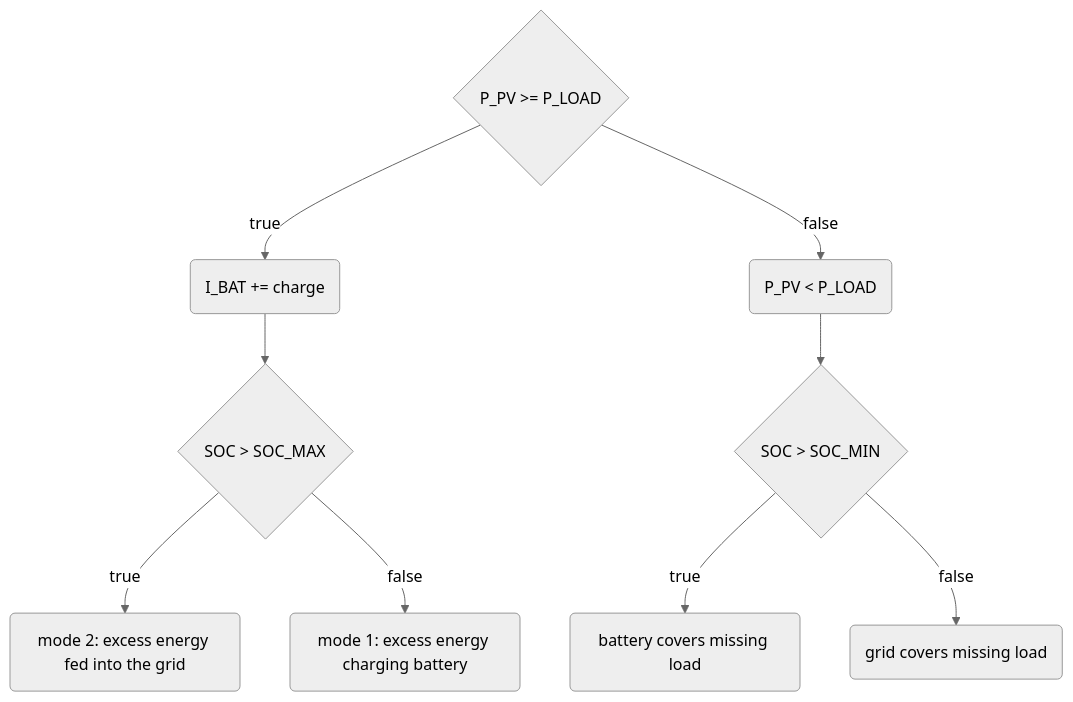
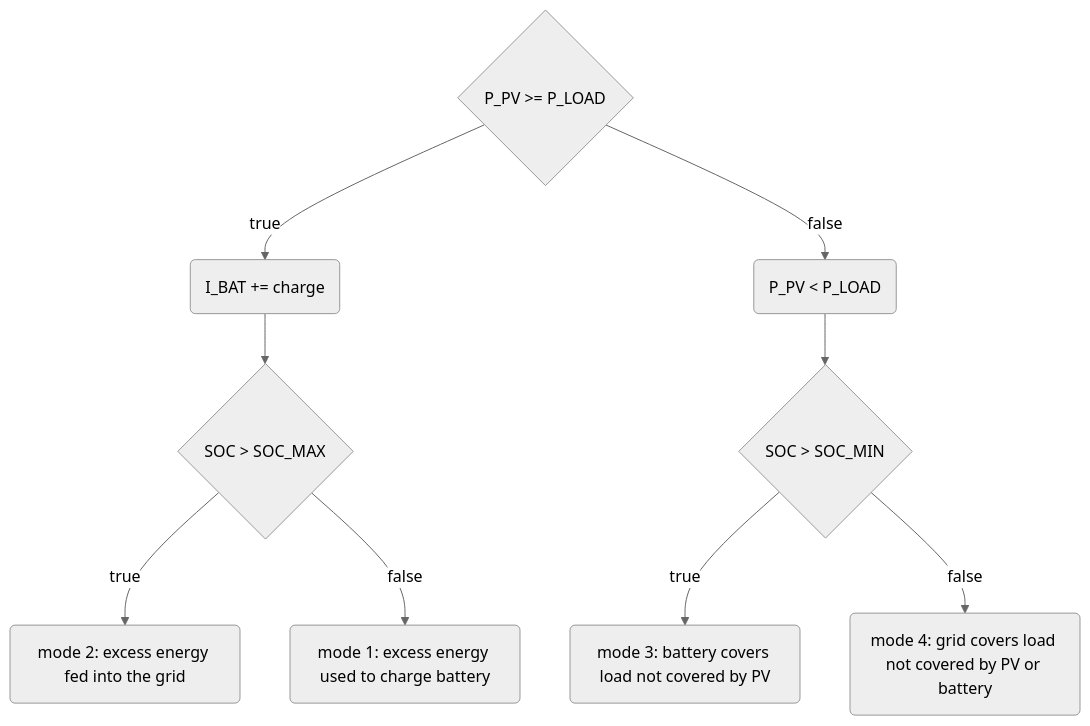
The diagram in docs/energy_usage/README.md (nick81nrw/PVTools), drawn with Mermaid (neutral theme) before and after one commit. The commit also changed other lines of this file, not shown here.

Commit message:
Extend documentation of energy usage modes

````diff
--- a/docs/energy_usage/README.md
+++ b/docs/energy_usage/README.md
@@ -14,13 +27,13 @@
 ```mermaid
 flowchart TB
     A{P_PV >= P_LOAD}
     A -->|true| B(I_BAT += charge)
     A -->|false| F(P_PV < P_LOAD)
     F --> G{SOC > SOC_MIN}
-    G -->|true| H(battery covers missing load)
-    G -->|false| I(grid covers missing load)
+    G -->|true| H(mode 3: battery covers load not covered by PV)
+    G -->|false| I(mode 4: grid covers load not covered by PV or battery)
 
     B --> C{SOC > SOC_MAX}
     C -->|true| D(mode 2: excess energy fed into the grid)
-    C -->|false| E(mode 1: excess energy charging battery)
+    C -->|false| E(mode 1: excess energy used to charge battery)
 ```
````
